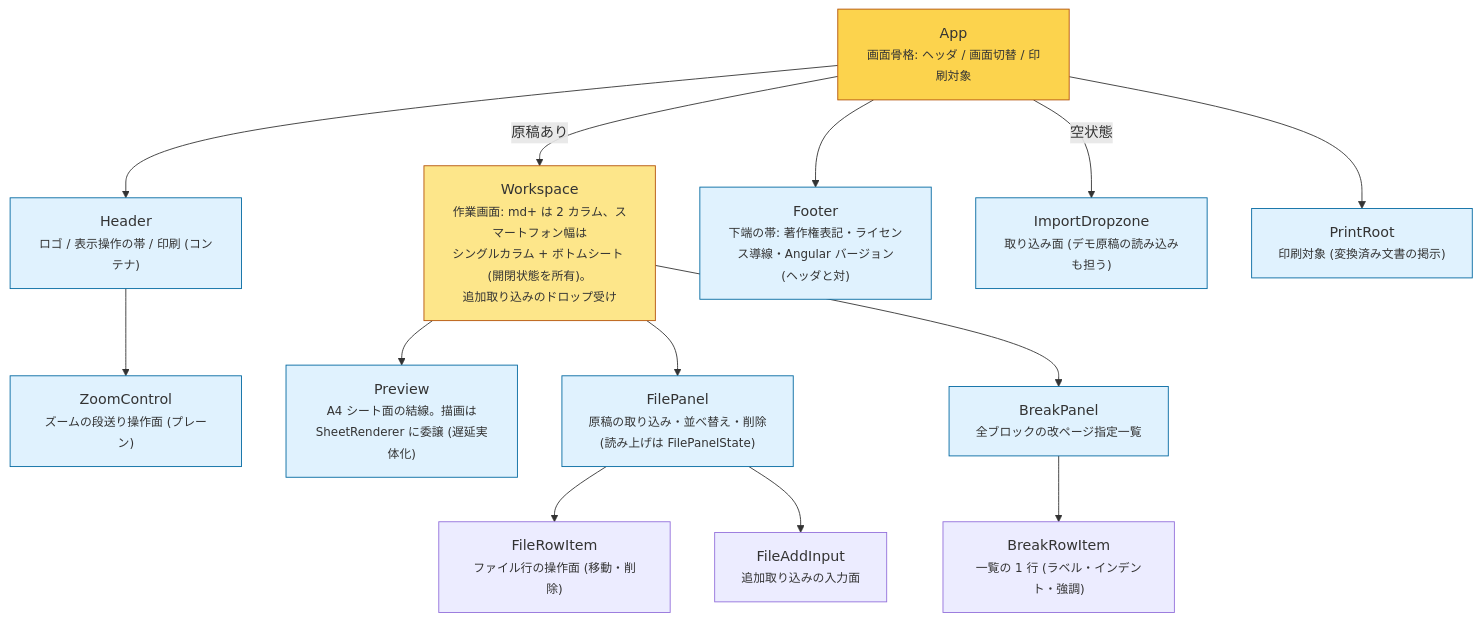
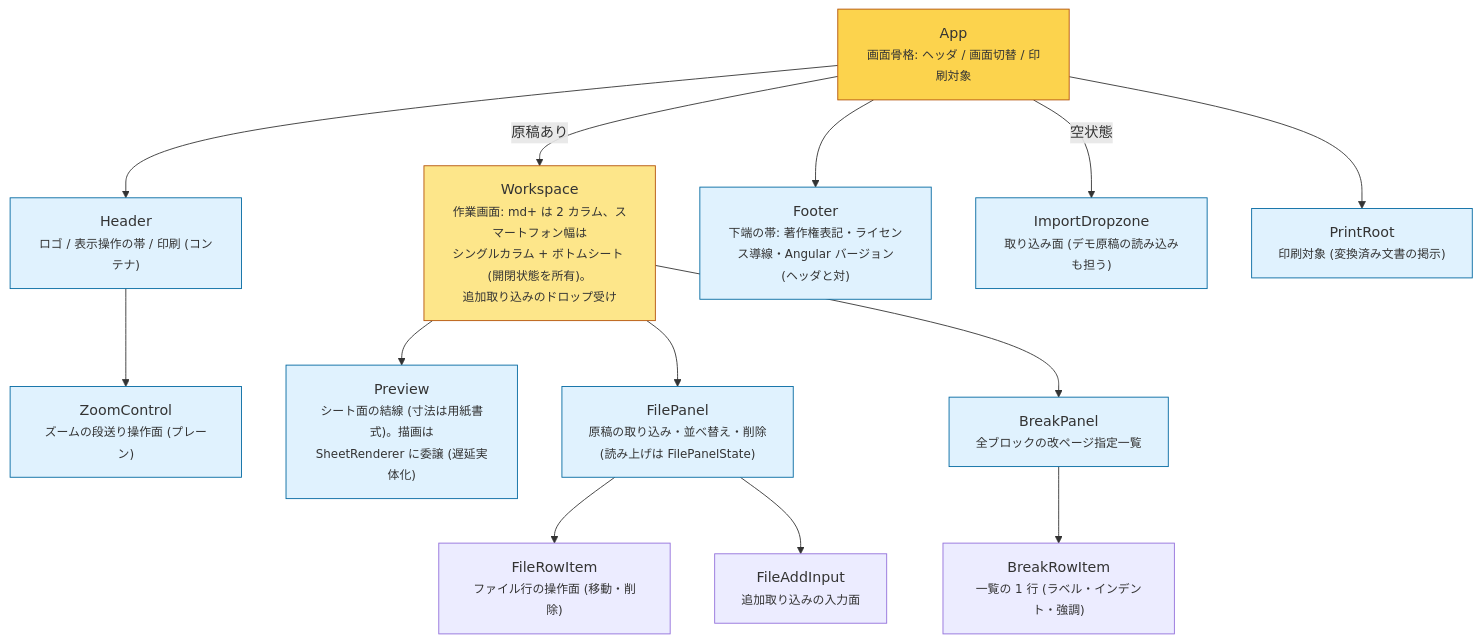
One commit to lacolaco/printmd changed the diagram in docs/component-tree.md. Above: the diagram before and after it, drawn with Mermaid. The commit also changed other lines of this file and 15 other files, not shown here.

````diff
--- a/docs/component-tree.md
+++ b/docs/component-tree.md
@@ -6,36 +6,36 @@
 ```mermaid
 flowchart TB
   APP["App<br/><small>画面骨格: ヘッダ / 画面切替 / 印刷対象</small>"]
   HEADER["Header<br/><small>ロゴ / 表示操作の帯 / 印刷 (コンテナ)</small>"]
   ZOOMC["ZoomControl<br/><small>ズームの段送り操作面 (プレーン)</small>"]
   WS["Workspace<br/><small>作業画面: md+ は 2 カラム、スマートフォン幅は<br/>シングルカラム + ボトムシート (開閉状態を所有)。<br/>追加取り込みのドロップ受け</small>"]
-  PREVIEW["Preview<br/><small>A4 シート面の結線。描画は<br/>SheetRenderer に委譲 (遅延実体化)</small>"]
+  PREVIEW["Preview<br/><small>シート面の結線 (寸法は用紙書式)。描画は<br/>SheetRenderer に委譲 (遅延実体化)</small>"]
   FILEP["FilePanel<br/><small>原稿の取り込み・並べ替え・削除<br/>(読み上げは FilePanelState)</small>"]
   BREAKP["BreakPanel<br/><small>全ブロックの改ページ指定一覧</small>"]
   BREAKROW["BreakRowItem<br/><small>一覧の 1 行 (ラベル・インデント・強調)</small>"]
   FILEROW["FileRowItem<br/><small>ファイル行の操作面 (移動・削除)</small>"]
   FILEADD["FileAddInput<br/><small>追加取り込みの入力面</small>"]
   FOOTER["Footer<br/><small>下端の帯: 著作権表記・ライセンス導線・Angular バージョン<br/>(ヘッダと対)</small>"]
   DROP["ImportDropzone<br/><small>取り込み面 (デモ原稿の読み込みも担う)</small>"]
   PRINT["PrintRoot<br/><small>印刷対象 (変換済み文書の掲示)</small>"]
 
   APP --> HEADER
   HEADER --> ZOOMC
   APP --> FOOTER
   APP -->|"原稿あり"| WS
   APP -->|"空状態"| DROP
   APP --> PRINT
   WS --> PREVIEW
   WS --> FILEP
   WS --> BREAKP
   BREAKP --> BREAKROW
   FILEP --> FILEROW
   FILEP --> FILEADD
 
   classDef shell fill:#fcd34d,stroke:#b45309
   classDef layout fill:#fde68a,stroke:#b45309
   classDef leaf fill:#e0f2fe,stroke:#0369a1
   class APP shell
   class WS layout
   class HEADER,ZOOMC,PREVIEW,FILEP,BREAKP,FOOTER,DROP,PRINT leaf
 ```
````
